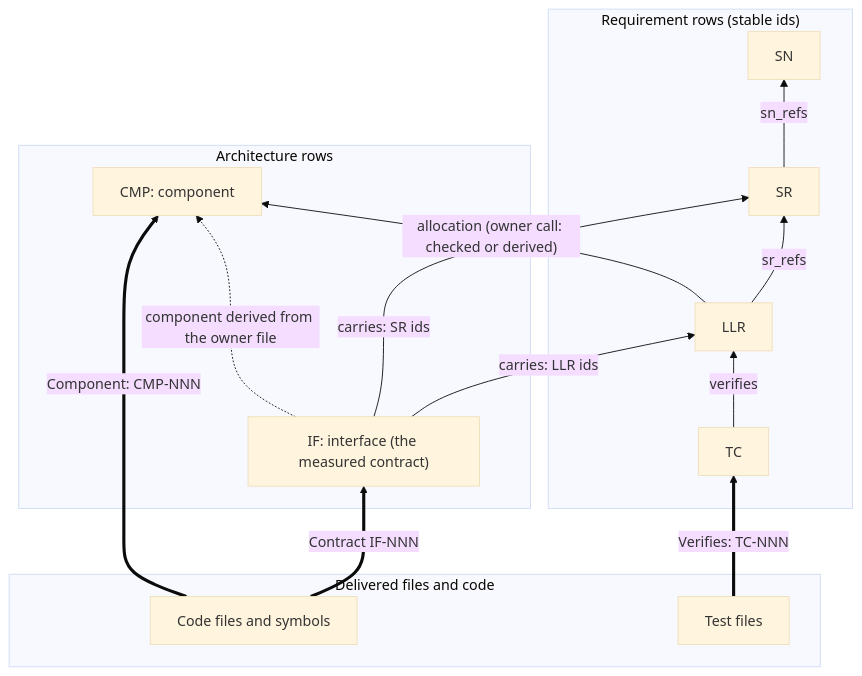
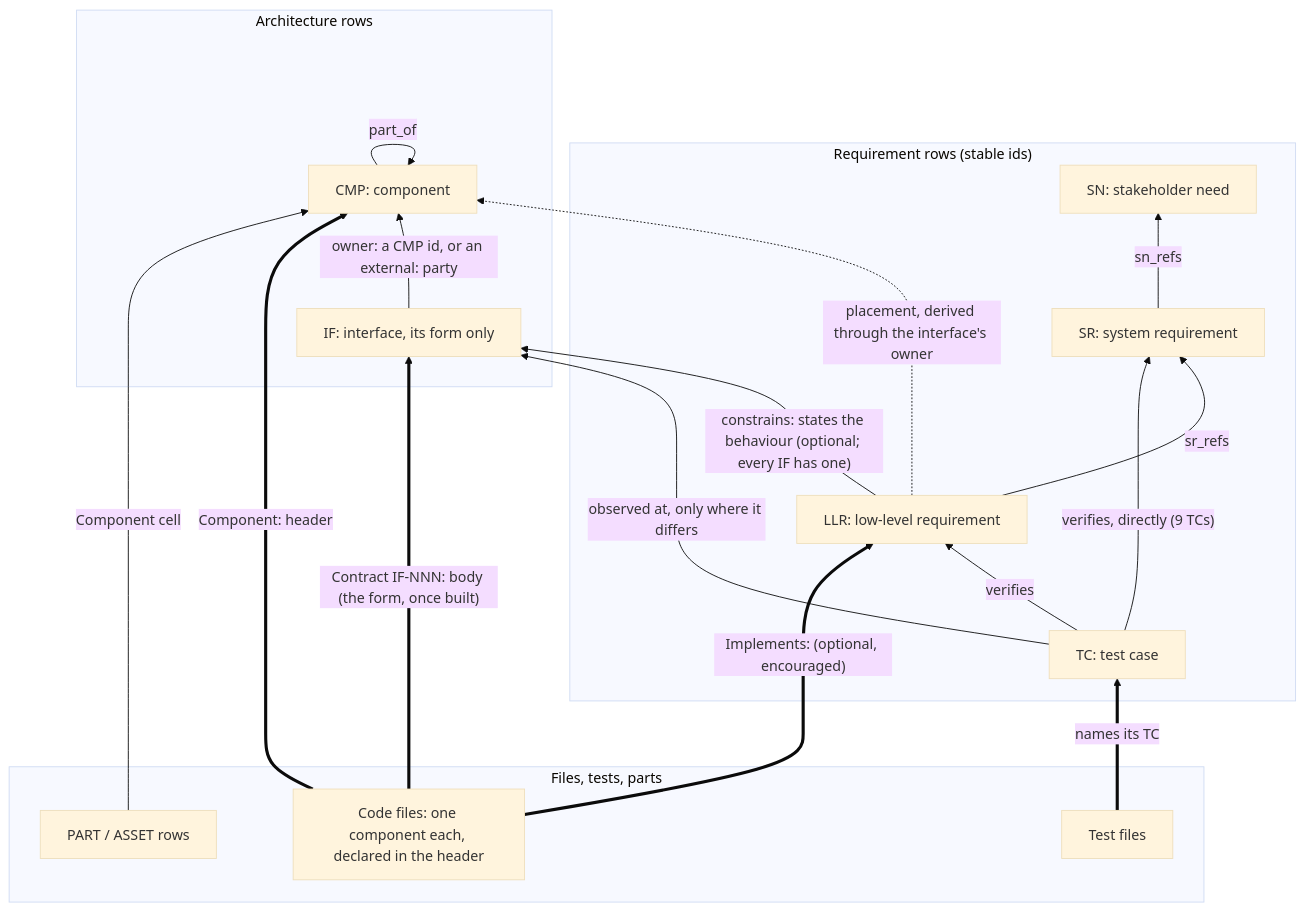
The diagram in docs/plans/2026-10-11-review-churn/pointer-rules.md (diytechy/ai-template), drawn with Mermaid (base theme) before and after one commit. The commit also changed other lines of this file and 6 other files, not shown here.

````diff
--- a/docs/plans/2026-10-11-review-churn/pointer-rules.md
+++ b/docs/plans/2026-10-11-review-churn/pointer-rules.md
@@ -77,27 +18,33 @@
 ```mermaid
 flowchart BT
   subgraph REQ["Requirement rows (stable ids)"]
-    SN["SN"]
-    SR["SR"]
-    LLR["LLR"]
-    TC["TC"]
+    SN["SN: stakeholder need"]
+    SR["SR: system requirement"]
+    LLR["LLR: low-level requirement"]
+    TC["TC: test case"]
   end
   subgraph ARCH["Architecture rows"]
+    IF["IF: interface, its form only"]
     CMP["CMP: component"]
-    IF["IF: interface (the measured contract)"]
   end
-  subgraph REAL["Delivered files and code"]
+  subgraph REAL["Files, tests, parts"]
     TESTS["Test files"]
-    CODE["Code files and symbols"]
+    CODE["Code files: one component each, declared in the header"]
+    PARTS["PART / ASSET rows"]
   end
+
   SR -->|sn_refs| SN
   LLR -->|sr_refs| SR
   TC -->|verifies| LLR
-  IF -->|carries: LLR ids| LLR
-  IF -->|carries: SR ids| SR
-  LLR -->|"allocation (owner call: checked or derived)"| CMP
-  CODE ==>|"Contract IF-NNN"| IF
-  CODE ==>|"Component: CMP-NNN"| CMP
-  TESTS ==>|"Verifies: TC-NNN"| TC
-  IF -. component derived from the owner file .-> CMP
+  TC -->|"verifies, directly (9 TCs)"| SR
+  LLR -->|"constrains: states the behaviour (optional; every IF has one)"| IF
+  TC -->|"observed at, only where it differs"| IF
+  IF -->|"owner: a CMP id, or an external: party"| CMP
+  CMP -->|part_of| CMP
+  TESTS ==>|"names its TC"| TC
+  CODE ==>|"Implements: (optional, encouraged)"| LLR
+  CODE ==>|"Contract IF-NNN: body (the form, once built)"| IF
+  CODE ==>|"Component: header"| CMP
+  PARTS -->|Component cell| CMP
+  LLR -. "placement, derived through the interface's owner" .-> CMP
 ```
````
